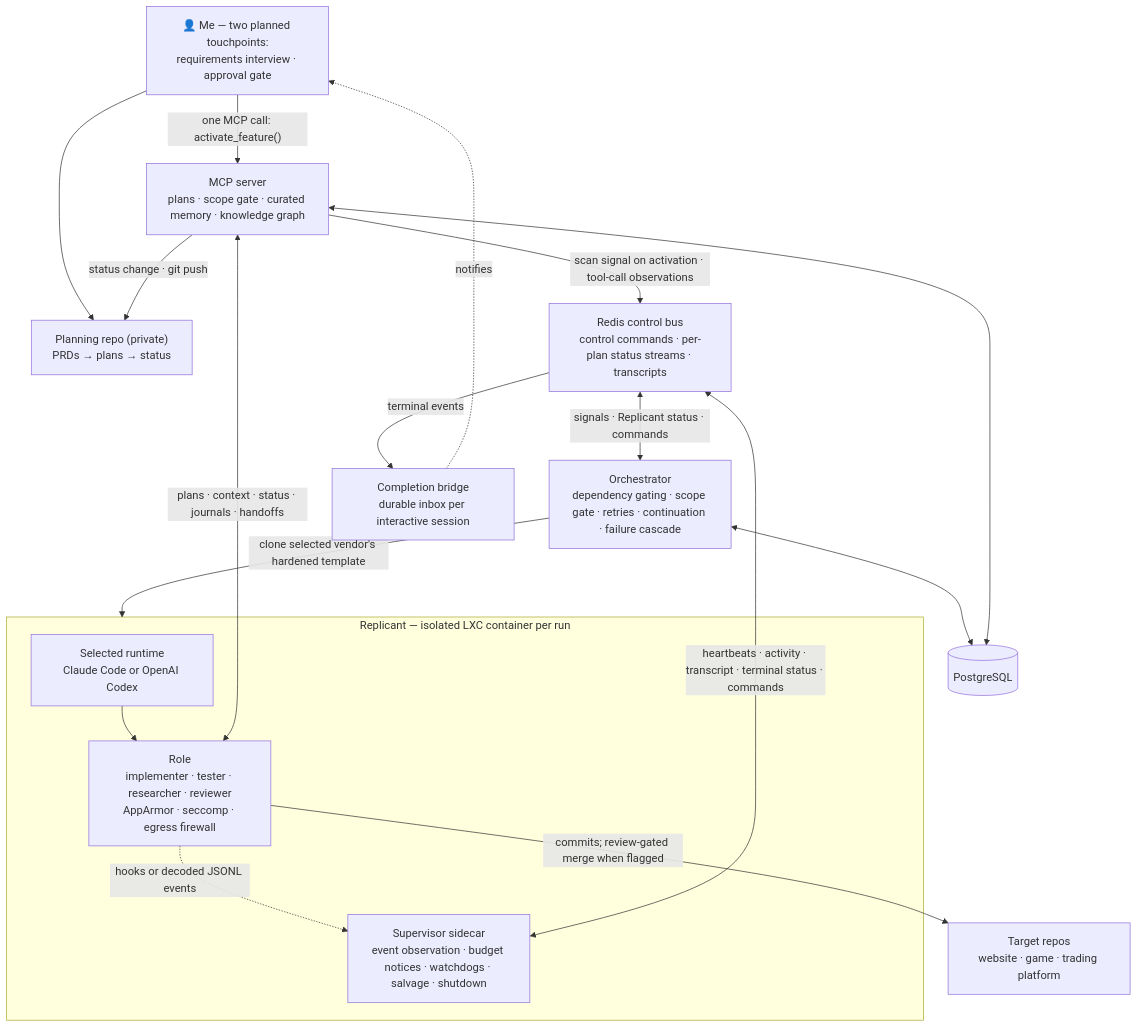
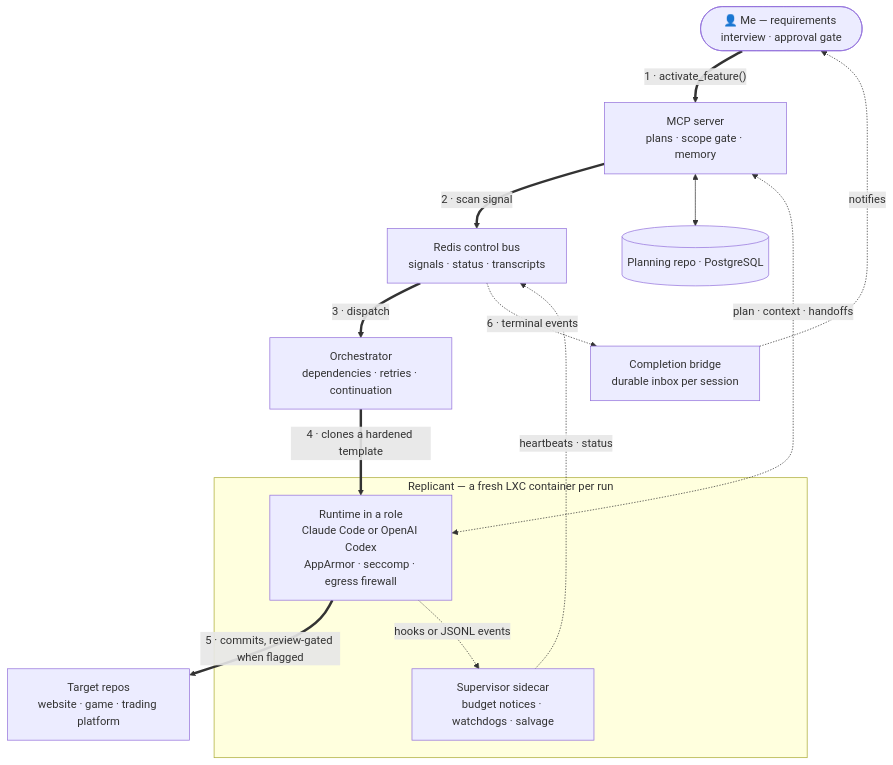
Before and after one commit to GuppitusMaximus/fish-tank: the diagram in README.md, drawn with Mermaid.

Commit message:
Redraw the architecture diagram around one numbered path
The old diagram had fourteen labelled edges of equal weight and read as a
tangle. A plan's path is now a bold numbered spine, with status and context
feedback as dotted lines; the detail the labels carried is in the prose below.

````diff
--- a/README.md
+++ b/README.md
@@ -28,23 +28,27 @@
 ```mermaid
 flowchart TD
-    U["👤 Me — two planned touchpoints:\nrequirements interview · approval gate"] --> P["Planning repo (private)\nPRDs → plans → status"]
-    U -->|"one MCP call: activate_feature()"| M["MCP server\nplans · scope gate · curated memory · knowledge graph"]
-    M -->|"status change · git push"| P
-    M -->|"scan signal on activation · tool-call observations"| B["Redis control bus\ncontrol commands · per-plan status streams · transcripts"]
-    B <-->|"signals · Replicant status · commands"| O["Orchestrator\ndependency gating · scope gate · retries · continuation · failure cascade"]
-    O <--> DB[("PostgreSQL")]
-    M <--> DB
-    subgraph C["Replicant — isolated LXC container per run"]
-        R["Selected runtime\nClaude Code or OpenAI Codex"]
-        A["Role\nimplementer · tester · researcher · reviewer\nAppArmor · seccomp · egress firewall"]
-        S["Supervisor sidecar\nevent observation · budget notices · watchdogs · salvage · shutdown"]
-        R --> A
-        A -.->|"hooks or decoded JSONL events"| S
+    Me(["👤 Me — requirements interview · approval gate"])
+    MCP["MCP server<br/>plans · scope gate · memory"]
+    Store[("Planning repo · PostgreSQL")]
+    Bus["Redis control bus<br/>signals · status · transcripts"]
+    Orch["Orchestrator<br/>dependencies · retries · continuation"]
+    Bridge["Completion bridge<br/>durable inbox per session"]
+
+    subgraph Rep["Replicant — a fresh LXC container per run"]
+        Agent["Runtime in a role<br/>Claude Code or OpenAI Codex<br/>AppArmor · seccomp · egress firewall"]
+        Sup["Supervisor sidecar<br/>budget notices · watchdogs · salvage"]
     end
-    O -->|"clone selected vendor's hardened template"| C
-    S <-->|"heartbeats · activity · transcript · terminal status · commands"| B
-    A <-->|"plans · context · status · journals · handoffs"| M
-    A -->|"commits; review-gated merge when flagged"| T["Target repos\nwebsite · game · trading platform"]
-    B -->|"terminal events"| W["Completion bridge\ndurable inbox per interactive session"]
-    W -.->|"notifies"| U
+    Repos["Target repos<br/>website · game · trading platform"]
+
+    Me ==>|"1 · activate_feature()"| MCP
+    MCP ==>|"2 · scan signal"| Bus
+    Bus ==>|"3 · dispatch"| Orch
+    Orch ==>|"4 · clones a hardened template"| Agent
+    Agent ==>|"5 · commits, review-gated when flagged"| Repos
+    MCP <--> Store
+    Agent -.->|"hooks or JSONL events"| Sup
+    Agent <-.->|"plan · context · handoffs"| MCP
+    Sup -.->|"heartbeats · status"| Bus
+    Bus -.->|"6 · terminal events"| Bridge
+    Bridge -.->|"notifies"| Me
 ```
````
